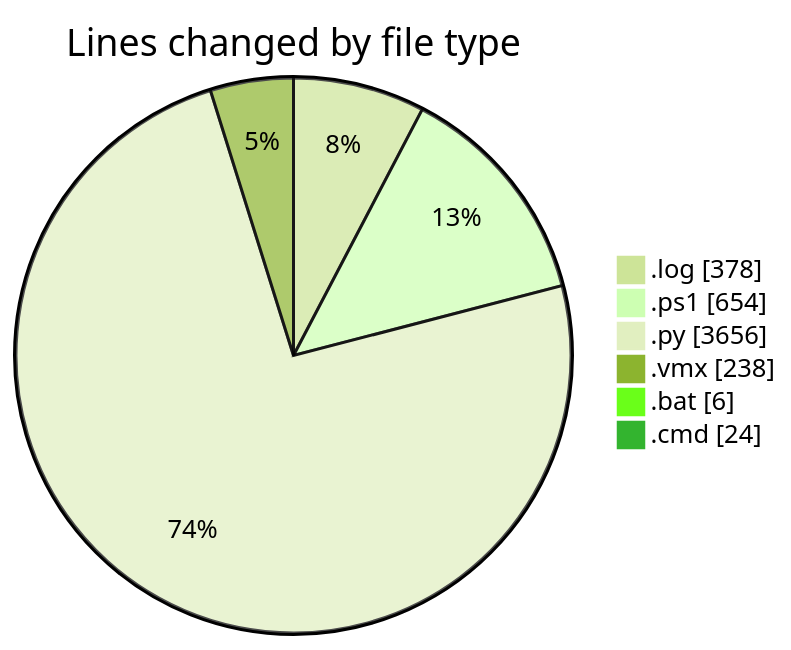
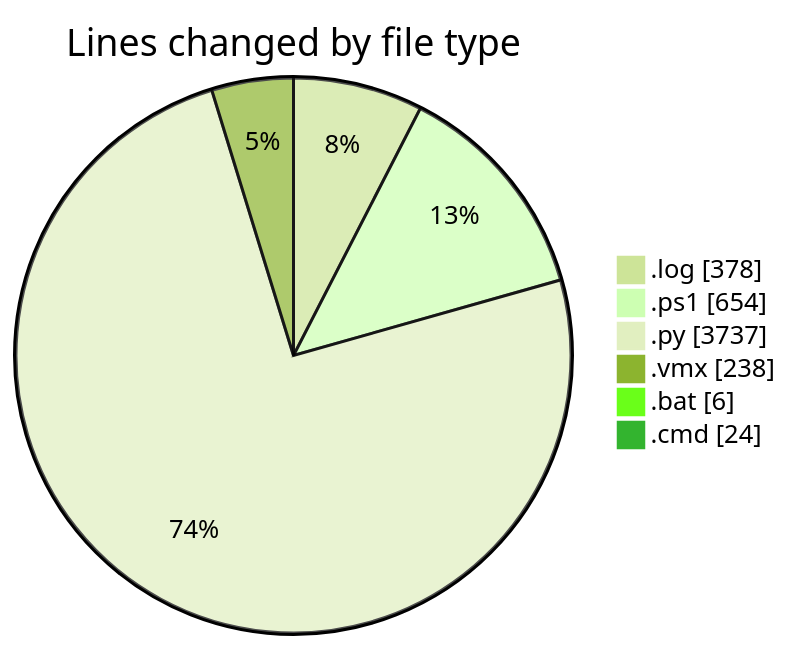
The first of 2 diagrams in 2026-07-08/twenty_versions_aminor/README.md (shibass792/code-tracking), drawn with Mermaid (forest theme) before and after one commit. The commit also changed other lines of this file and 1 other file, not shown here.

````diff
--- a/2026-07-08/twenty_versions_aminor/README.md
+++ b/2026-07-08/twenty_versions_aminor/README.md
@@ -39,10 +40,10 @@
 ```mermaid
 pie showData
 title Lines changed by file type
 ".log" : 378
 ".ps1" : 654
-".py" : 3656
+".py" : 3737
 ".vmx" : 238
 ".bat" : 6
 ".cmd" : 24
 ```
````
